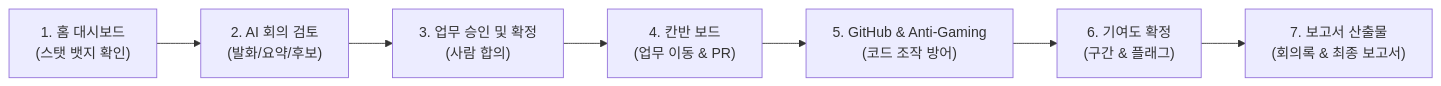
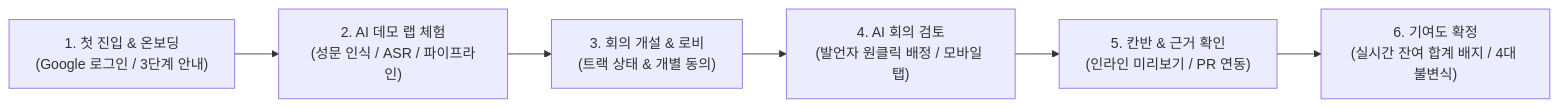
One commit to tjgksmf1012/TestProject changed the diagram in docs/E2E-시연-가이드.md. Above: the diagram before and after it, drawn with Mermaid. The commit also changed other lines of this file and 5 other files, not shown here.

````diff
--- a/docs/E2E-시연-가이드.md
+++ b/docs/E2E-시연-가이드.md
@@ -27,9 +28,8 @@
 ```mermaid
 flowchart LR
-    A["1. 홈 대시보드<br/>(스탯 뱃지 확인)"] --> B["2. AI 회의 검토<br/>(발화/요약/후보)"]
-    B --> C["3. 업무 승인 및 확정<br/>(사람 합의)"]
-    C --> D["4. 칸반 보드<br/>(업무 이동 & PR)"]
-    D --> E["5. GitHub & Anti-Gaming<br/>(코드 조작 방어)"]
-    E --> F["6. 기여도 확정<br/>(구간 & 플래그)"]
-    F --> G["7. 보고서 산출물<br/>(회의록 & 최종 보고서)"]
+    A["1. 첫 진입 & 온보딩<br/>(Google 로그인 / 3단계 안내)"] --> B["2. AI 데모 랩 체험<br/>(성문 인식 / ASR / 파이프라인)"]
+    B --> C["3. 회의 개설 & 로비<br/>(트랙 상태 & 개별 동의)"]
+    C --> D["4. AI 회의 검토<br/>(발언자 원클릭 배정 / 모바일 탭)"]
+    D --> E["5. 칸반 & 근거 확인<br/>(인라인 미리보기 / PR 연동)"]
+    E --> F["6. 기여도 확정<br/>(실시간 잔여 합계 배지 / 4대 불변식)"]
 ```
````
